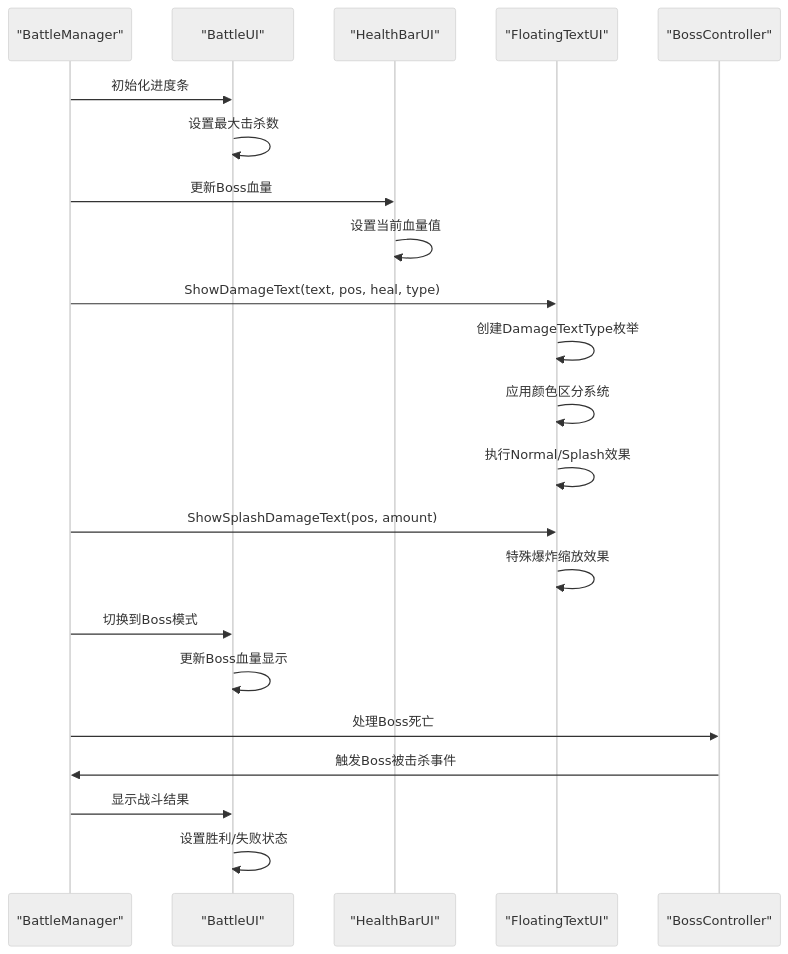
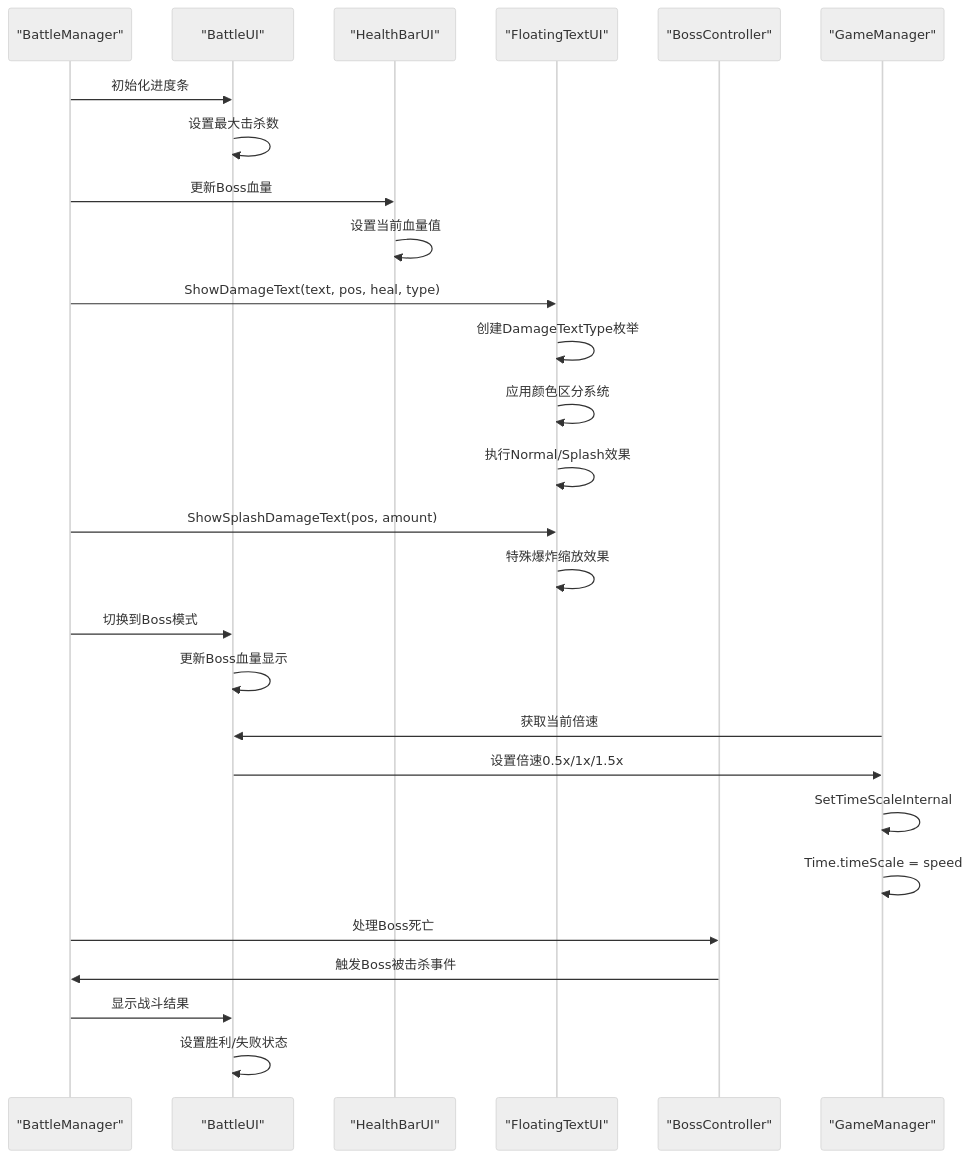
The second of 11 diagrams in .qoder/repowiki/zh/content/用户界面系统/战斗界面系统.md (Tuusen/p1_client), drawn with Mermaid (neutral theme) before and after one commit. The commit also changed other lines of this file and 21 other files, not shown here.

````diff
--- a/.qoder/repowiki/zh/content/用户界面系统/战斗界面系统.md
+++ b/.qoder/repowiki/zh/content/用户界面系统/战斗界面系统.md
@@ -126,24 +159,29 @@
 ```mermaid
 sequenceDiagram
 participant BM as "BattleManager"
 participant BU as "BattleUI"
 participant HT as "HealthBarUI"
 participant FT as "FloatingTextUI"
 participant BC as "BossController"
+participant GM as "GameManager"
 BM->>BU : 初始化进度条
 BU->>BU : 设置最大击杀数
 BM->>HT : 更新Boss血量
 HT->>HT : 设置当前血量值
 BM->>FT : ShowDamageText(text, pos, heal, type)
 FT->>FT : 创建DamageTextType枚举
 FT->>FT : 应用颜色区分系统
 FT->>FT : 执行Normal/Splash效果
 BM->>FT : ShowSplashDamageText(pos, amount)
 FT->>FT : 特殊爆炸缩放效果
 BM->>BU : 切换到Boss模式
 BU->>BU : 更新Boss血量显示
+GM->>BU : 获取当前倍速
+BU->>GM : 设置倍速0.5x/1x/1.5x
+GM->>GM : SetTimeScaleInternal
+GM->>GM : Time.timeScale = speed
 BM->>BC : 处理Boss死亡
 BC->>BM : 触发Boss被击杀事件
 BM->>BU : 显示战斗结果
 BU->>BU : 设置胜利/失败状态
 ```
````
